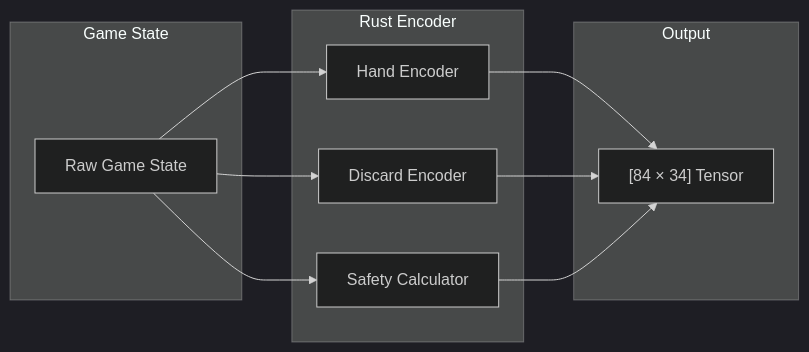
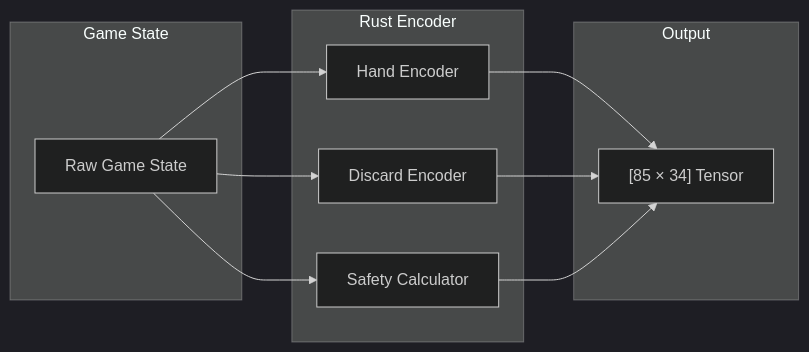
One commit to NikkeTryHard/hydra changed the fifth of 6 diagrams in research/HYDRA_SPEC.md. Above: the diagram before and after it, drawn with Mermaid (dark theme). The commit also changed other lines of this file and 2 other files, not shown here.

````diff
--- a/research/HYDRA_SPEC.md
+++ b/research/HYDRA_SPEC.md
@@ -438,23 +437,23 @@
 ```mermaid
 graph LR
     subgraph "Game State"
         GS[Raw Game State]
     end
 
     subgraph "Rust Encoder"
         HAND_ENC[Hand Encoder]
         DISC_ENC[Discard Encoder]
         SAFE_ENC[Safety Calculator]
     end
 
     subgraph "Output"
-        TENSOR["[84 × 34] Tensor"]
+        TENSOR["[85 × 34] Tensor"]
     end
 
     GS --> HAND_ENC
     GS --> DISC_ENC
     GS --> SAFE_ENC
     HAND_ENC --> TENSOR
     DISC_ENC --> TENSOR
     SAFE_ENC --> TENSOR
 ```
````
